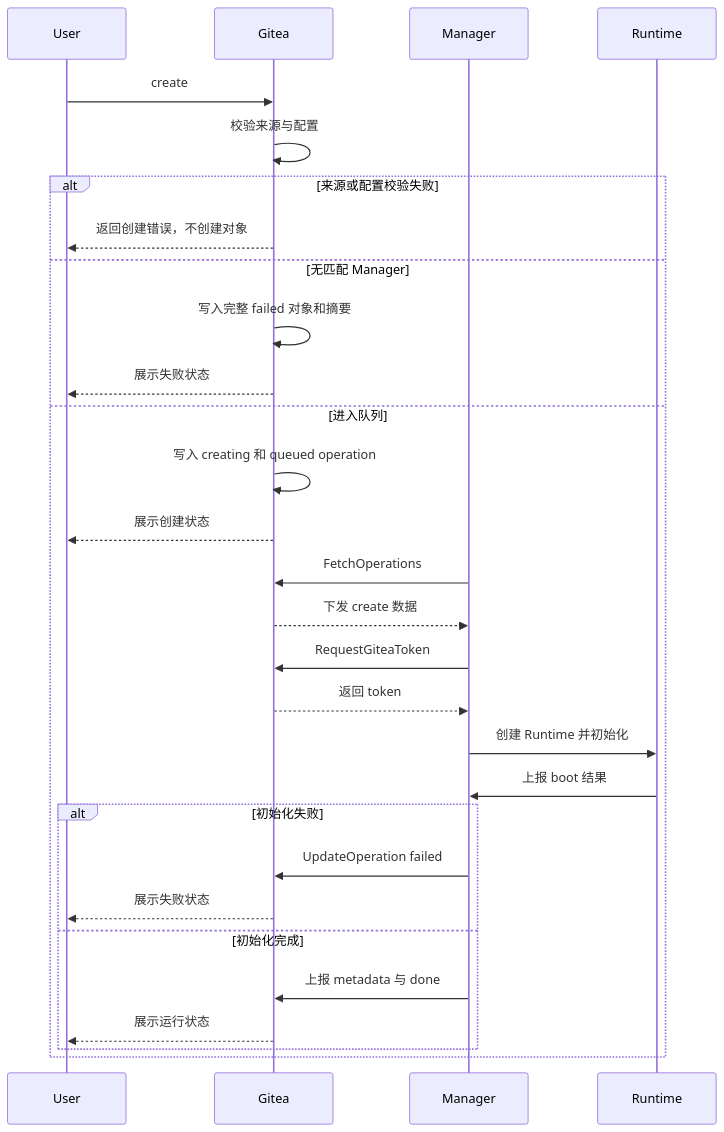
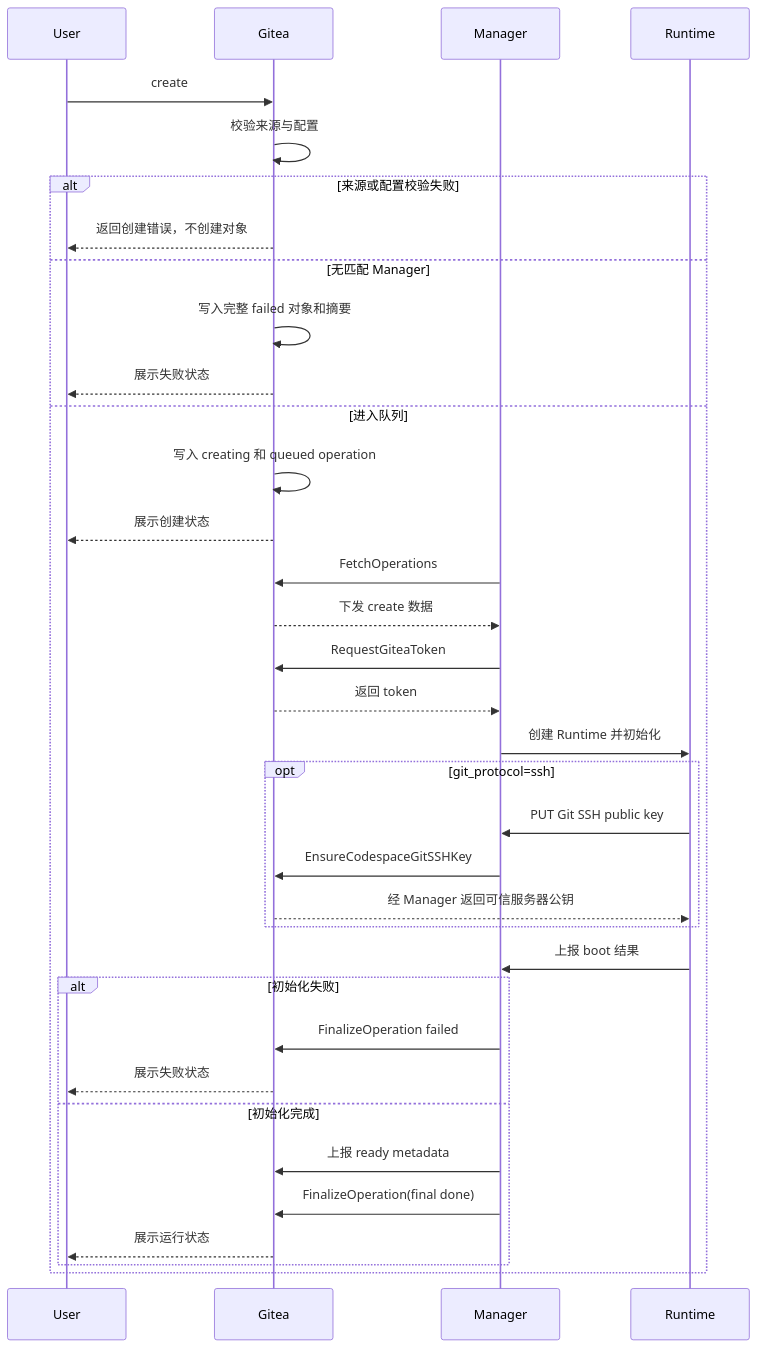
One commit to ExplodingDragon/gitea-dev changed the first of 2 diagrams in src/lifecycle-flows.md. Above: the diagram before and after it, drawn with Mermaid. The commit also changed other lines of this file and 10 other files, not shown here.

````diff
--- a/src/lifecycle-flows.md
+++ b/src/lifecycle-flows.md
@@ -112,32 +113,38 @@
 ```mermaid
 sequenceDiagram
     participant U as User
     participant G as Gitea
     participant M as Manager
     participant R as Runtime
 
     U->>G: create
     G->>G: 校验来源与配置
     alt 来源或配置校验失败
         G-->>U: 返回创建错误，不创建对象
     else 无匹配 Manager
         G->>G: 写入完整 failed 对象和摘要
         G-->>U: 展示失败状态
     else 进入队列
         G->>G: 写入 creating 和 queued operation
         G-->>U: 展示创建状态
         M->>G: FetchOperations
         G-->>M: 下发 create 数据
         M->>G: RequestGiteaToken
         G-->>M: 返回 token
         M->>R: 创建 Runtime 并初始化
+        opt git_protocol=ssh
+            R->>M: PUT Git SSH public key
+            M->>G: EnsureCodespaceGitSSHKey
+            G-->>R: 经 Manager 返回可信服务器公钥
+        end
         R->>M: 上报 boot 结果
         alt 初始化失败
-            M->>G: UpdateOperation failed
+            M->>G: FinalizeOperation failed
             G-->>U: 展示失败状态
         else 初始化完成
-            M->>G: 上报 metadata 与 done
+            M->>G: 上报 ready metadata
+            M->>G: FinalizeOperation(final done)
             G-->>U: 展示运行状态
         end
     end
 ```
````
